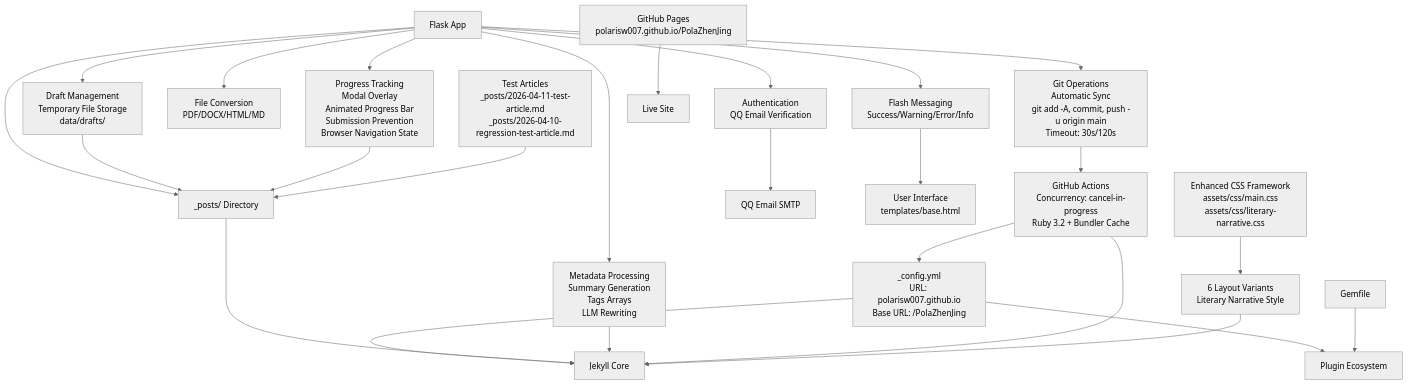
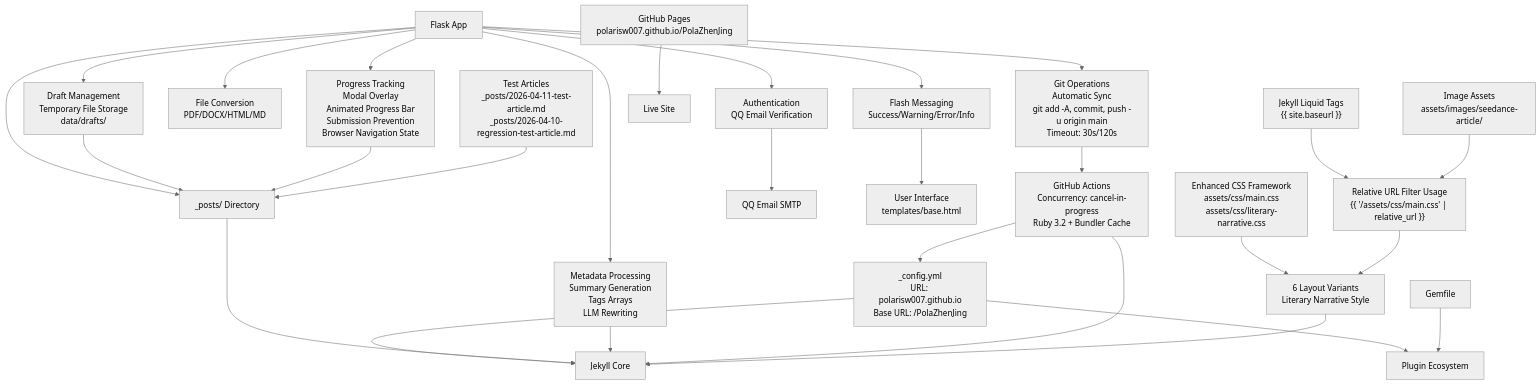
Before and after one commit to PolarisW007/PolaZhenJing: the fourth of 4 diagrams in .qoder/repowiki/en/content/Backend Application/Publishing Pipeline.md, drawn with Mermaid (neutral theme). The commit also changed other lines of this file and 7 other files, not shown here.

````diff
--- a/.qoder/repowiki/en/content/Backend Application/Publishing Pipeline.md
+++ b/.qoder/repowiki/en/content/Backend Application/Publishing Pipeline.md
@@ -538,27 +600,30 @@
 ```mermaid
 graph TB
 CFG["_config.yml<br/>URL: polarisw007.github.io<br/>Base URL: /PolaZhenJing"] --> JKY["Jekyll Core"]
 CFG --> PLG["Plugin Ecosystem"]
 FLSK["Flask App"] --> POSTS["_posts/ Directory"]
 FLSK --> GIT["Git Operations<br/>Automatic Sync<br/>git add -A, commit, push -u origin main<br/>Timeout: 30s/120s"]
 FLSK --> AUTH["Authentication<br/>QQ Email Verification"]
 FLSK --> CONV["File Conversion<br/>PDF/DOCX/HTML/MD"]
 FLSK --> FLASH["Flash Messaging<br/>Success/Warning/Error/Info"]
 FLSK --> META["Metadata Processing<br/>Summary Generation<br/>Tags Arrays<br/>LLM Rewriting"]
 FLSK --> DRAFT["Draft Management<br/>Temporary File Storage<br/>data/drafts/"]
 FLSK --> PROGRESS["Progress Tracking<br/>Modal Overlay<br/>Animated Progress Bar<br/>Submission Prevention<br/>Browser Navigation State"]
 POSTS --> JKY
 META --> JKY
 DRAFT --> POSTS
 PROGRESS --> POSTS
 GIT --> ACT["GitHub Actions<br/>Concurrency: cancel-in-progress<br/>Ruby 3.2 + Bundler Cache"]
 ACT --> CFG
 ACT --> JKY
 GEM["Gemfile"] --> PLG
 AUTH --> MAIL["QQ Email SMTP"]
 FLASH --> UI["User Interface<br/>templates/base.html"]
 PAGES["GitHub Pages<br/>polarisw007.github.io/PolaZhenJing"] --> LIVE["Live Site"]
 LAYOUTS["6 Layout Variants<br/>Literary Narrative Style"] --> JKY
 CSS["Enhanced CSS Framework<br/>assets/css/main.css<br/>assets/css/literary-narrative.css"] --> LAYOUTS
 TEST["Test Articles<br/>_posts/2026-04-11-test-article.md<br/>_posts/2026-04-10-regression-test-article.md"] --> POSTS
+RELURL["Relative URL Filter Usage<br/>{{ '/assets/css/main.css' | relative_url }}"] --> LAYOUTS
+LIQUID["Jekyll Liquid Tags<br/>{{ site.baseurl }}"] --> RELURL
+ASSETS["Image Assets<br/>assets/images/seedance-article/"] --> RELURL
 ```
````
